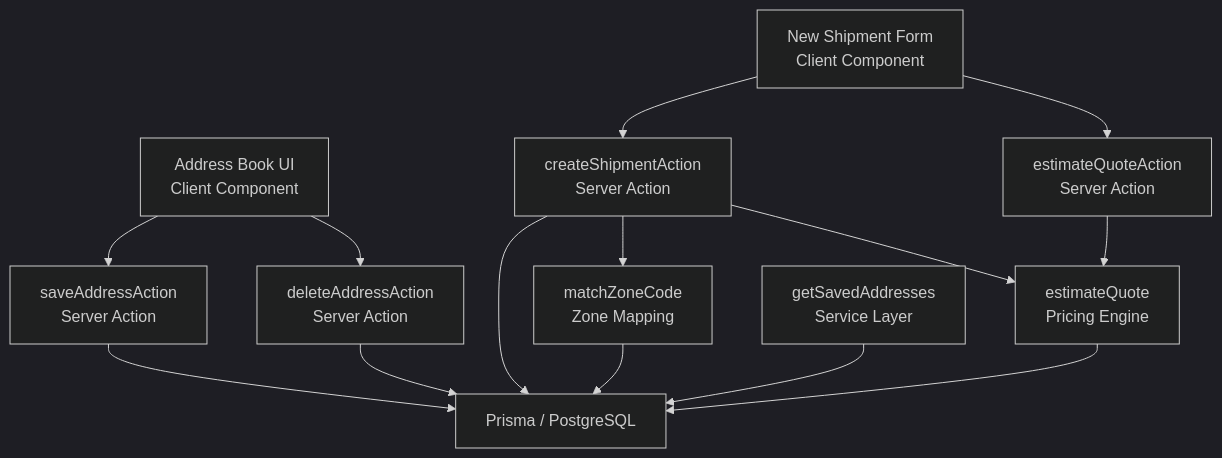
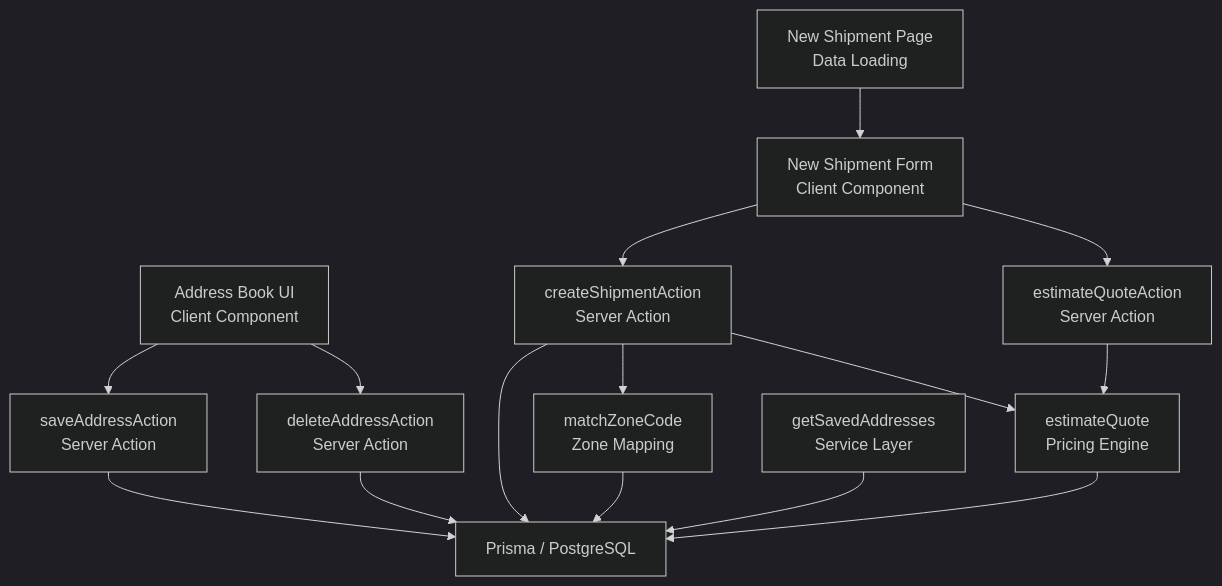
One commit to gyamposudodzi/Timberland changed the first of 15 diagrams in .qoder/repowiki/en/content/Shipment Management/Address Management.md. Above: the diagram before and after it, drawn with Mermaid (dark theme). The commit also changed other lines of this file and 28 other files, not shown here.

````diff
--- a/.qoder/repowiki/en/content/Shipment Management/Address Management.md
+++ b/.qoder/repowiki/en/content/Shipment Management/Address Management.md
@@ -55,16 +55,17 @@
 ```mermaid
 graph TB
 UI["Address Book UI<br/>Client Component"] --> AA["saveAddressAction<br/>Server Action"]
 UI --> DA["deleteAddressAction<br/>Server Action"]
 UI2["New Shipment Form<br/>Client Component"] --> SA["createShipmentAction<br/>Server Action"]
 UI2 --> QA["estimateQuoteAction<br/>Server Action"]
 AA --> DB["Prisma / PostgreSQL"]
 DA --> DB
 SA --> DB
 SA --> ZONES["matchZoneCode<br/>Zone Mapping"]
 SA --> RATING["estimateQuote<br/>Pricing Engine"]
 QA --> RATING
 RATING --> DB
 ZONES --> DB
 AS["getSavedAddresses<br/>Service Layer"] --> DB
+NSF["New Shipment Page<br/>Data Loading"] --> UI2
 ```
````
